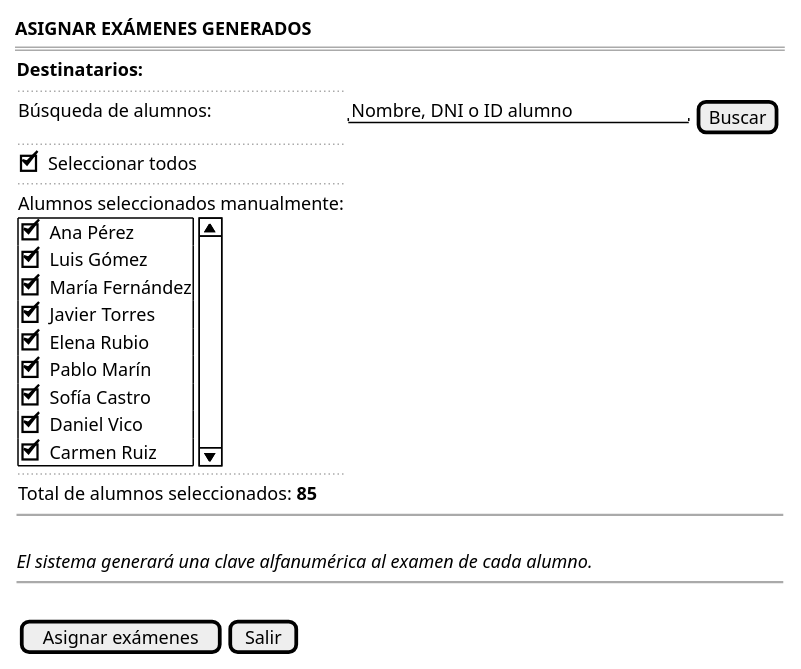
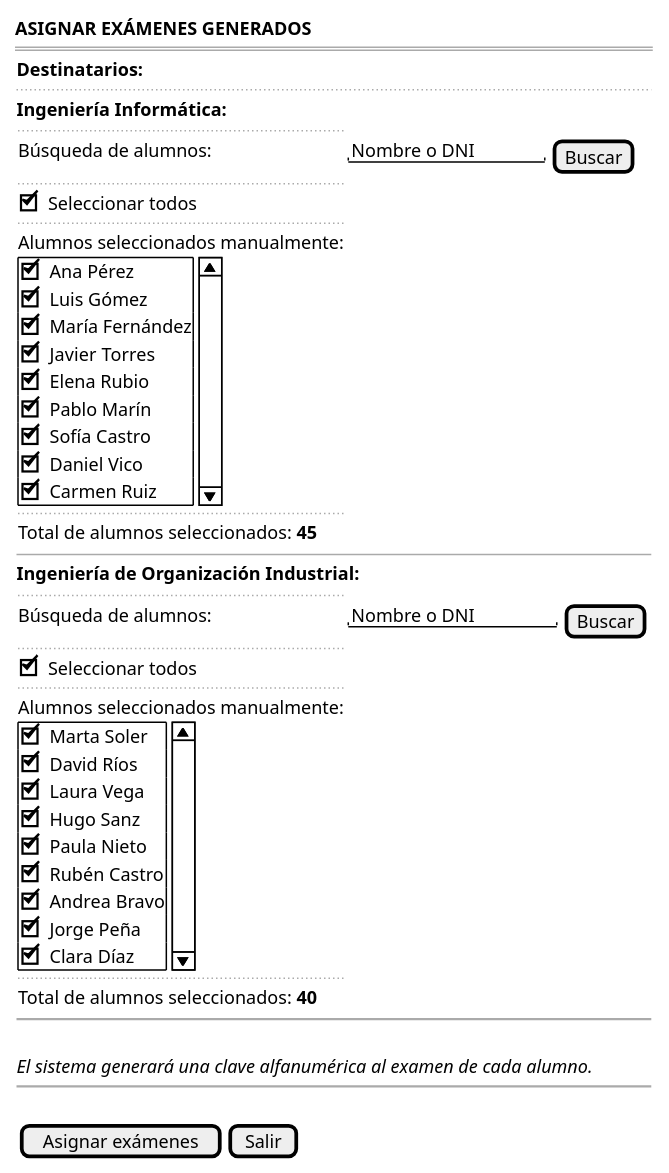
Before and after one commit to martinlopez7/25-26-IdSw1-SdR: the diagram in documents/casos-de-uso/prototipadoCasosDeUso/asignarExamenes/asignarExamenes.puml, drawn with PlantUML. The commit also changed 11 other files, not shown here.

```diff
--- a/documents/casos-de-uso/prototipadoCasosDeUso/asignarExamenes/asignarExamenes.puml
+++ b/documents/casos-de-uso/prototipadoCasosDeUso/asignarExamenes/asignarExamenes.puml
@@ -1,39 +1,64 @@
 @startsalt asignarExamenes_FORMULARIO
 {
     <b>ASIGNAR EXÁMENES GENERADOS</b>
     ===
     {
         
         <b>Destinatarios:</b>
+        ..
+        <b>Ingeniería Informática:</b>
         {
             ..
-            Búsqueda de alumnos: | "Nombre, DNI o ID alumno     " | [Buscar]
+            Búsqueda de alumnos: | "Nombre o DNI    " | [Buscar]
             ..
             [X] Seleccionar todos
             ..
             Alumnos seleccionados manualmente:
             {SI
               [X] Ana Pérez
               [X] Luis Gómez
               [X] María Fernández
               [X] Javier Torres
               [X] Elena Rubio
               [X] Pablo Marín
               [X] Sofía Castro
               [X] Daniel Vico
               [X] Carmen Ruiz
             }
             ..
-            Total de alumnos seleccionados: <b>85</b>
+            Total de alumnos seleccionados: <b>45</b>
+        }
+        --
+        <b>Ingeniería de Organización Industrial:</b>
+        {
+            ..
+            Búsqueda de alumnos: | "Nombre o DNI     " | [Buscar]
+            ..
+            [X] Seleccionar todos
+            ..
+            Alumnos seleccionados manualmente:
+            {SI
+            [X] Marta Soler
+            [X] David Ríos
+            [X] Laura Vega
+            [X] Hugo Sanz
+            [X] Paula Nieto
+            [X] Rubén Castro
+            [X] Andrea Bravo
+            [X] Jorge Peña
+            [X] Clara Díaz
+        }
+            ..
+            Total de alumnos seleccionados: <b>40</b>
         }
         
         ~~
         .
         <i>El sistema generará una clave alfanumérica al examen de cada alumno.
         
         ~~
         .
         {[Asignar exámenes] | [Salir]}
     }
 }
 @endsalt
```
